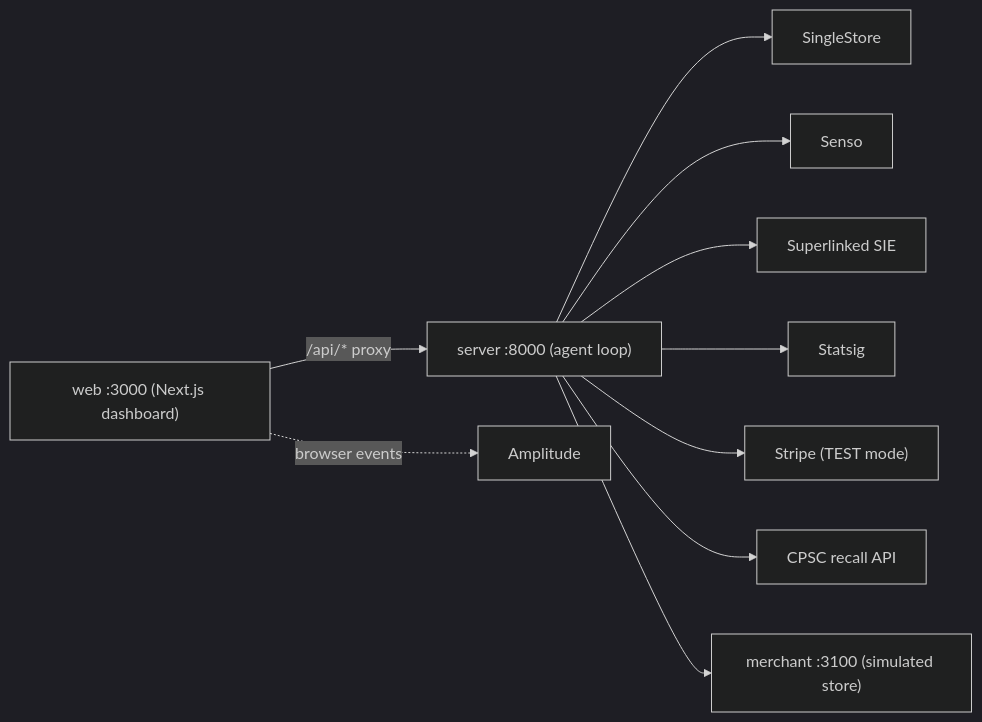
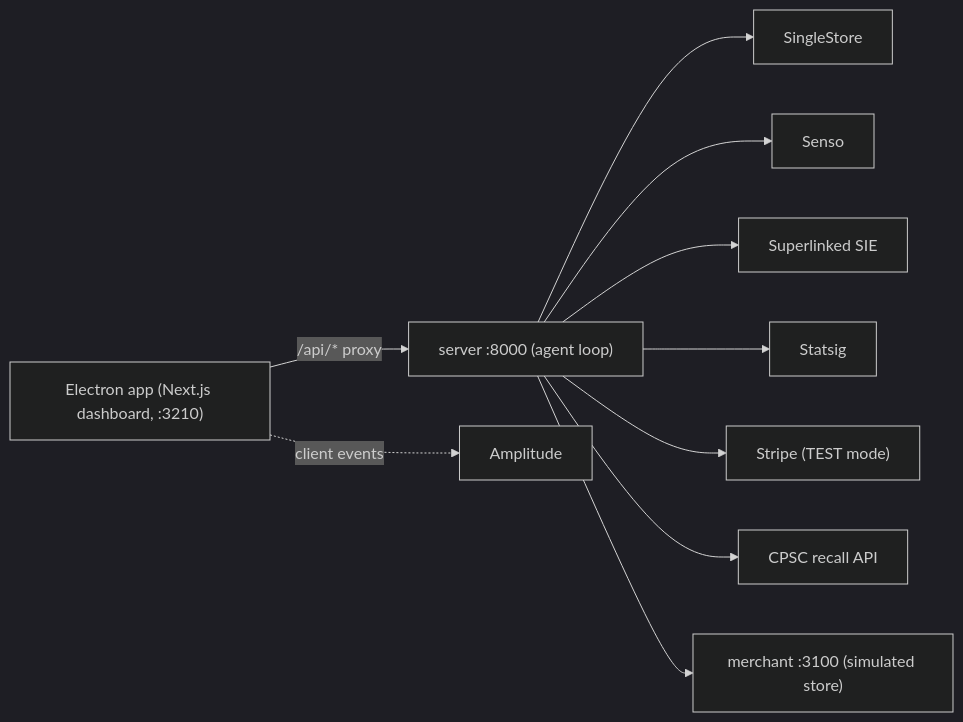
Before and after one commit to naelqdl/Safe-Cart: the diagram in README.md, drawn with Mermaid (dark theme). The commit also changed other lines of this file and 21 other files, not shown here.

First line of the commit message:
feat(web): works against server/ (cc/safecart); visual polish; Electron-first docs

````diff
--- a/README.md
+++ b/README.md
@@ -47,12 +47,12 @@
 ```mermaid
 flowchart LR
-  Browser["web :3000 (Next.js dashboard)"] -->|"/api/* proxy"| Server["server :8000 (agent loop)"]
-  Browser -.->|"browser events"| Amp[Amplitude]
+  Browser["Electron app (Next.js dashboard, :3210)"] -->|"/api/* proxy"| Server["server :8000 (agent loop)"]
+  Browser -.->|"client events"| Amp[Amplitude]
   Server --> S2[SingleStore]
   Server --> Senso[Senso]
   Server --> SIE[Superlinked SIE]
   Server --> Statsig[Statsig]
   Server --> Stripe["Stripe (TEST mode)"]
   Server --> CPSC["CPSC recall API"]
   Server --> Merchant["merchant :3100 (simulated store)"]
 ```
````
